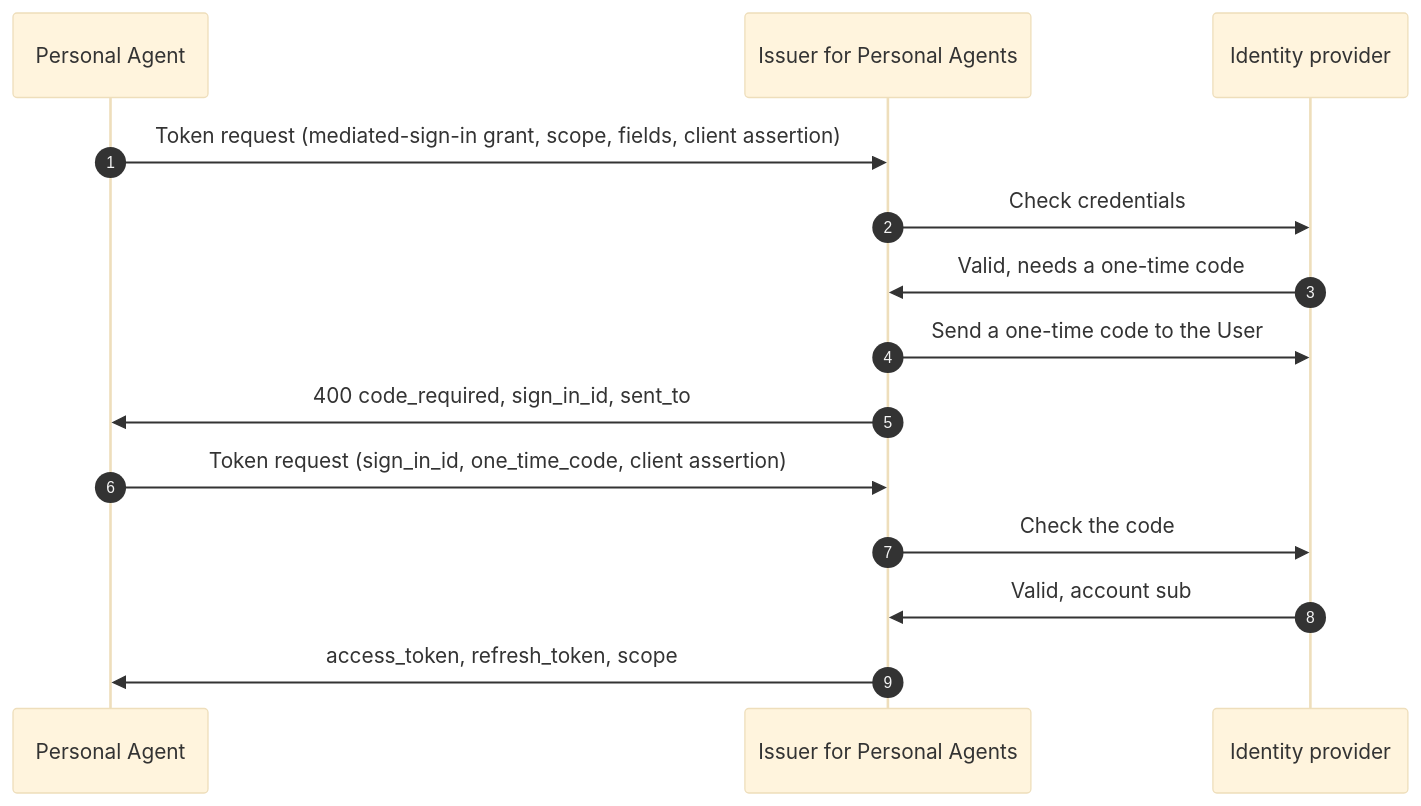
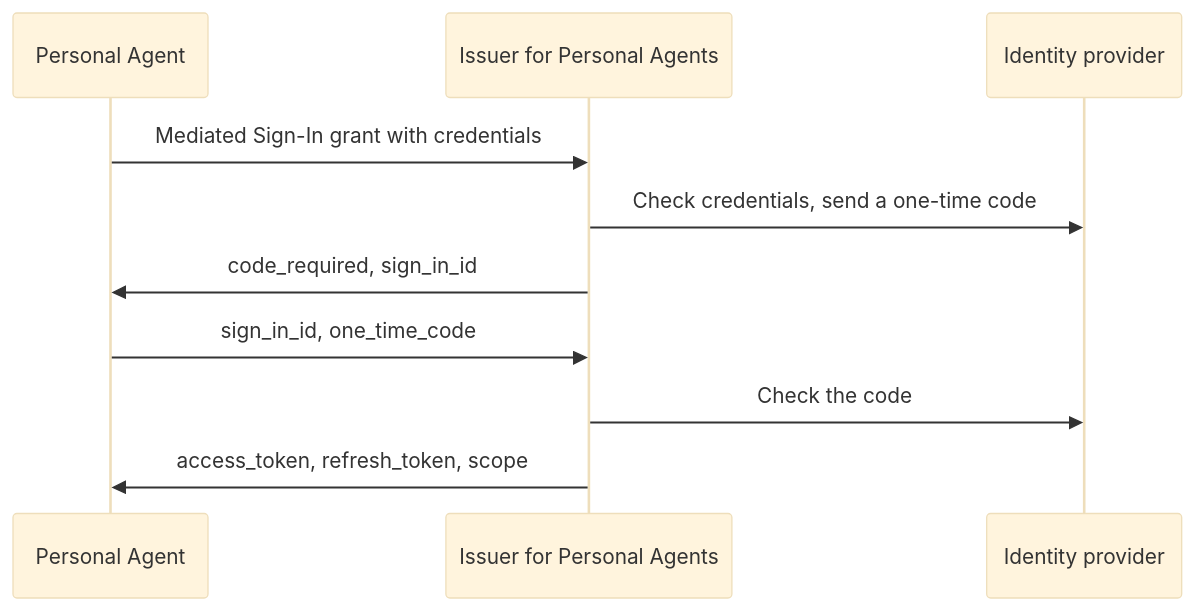
Before and after one commit to gaokevin1/personal-agent-protocol: the seventh of 8 diagrams in kit/company/patterns/identity-provider.md, drawn with Mermaid (base theme). The commit also changed other lines of this file and 1 other file, not shown here.

````diff
--- a/kit/company/patterns/identity-provider.md
+++ b/kit/company/patterns/identity-provider.md
@@ -259,16 +168,12 @@
 ```mermaid
 sequenceDiagram
-  autonumber
   participant PA as Personal Agent
   participant AS as Issuer for Personal Agents
   participant IdP as Identity provider
-  PA->>AS: Token request (mediated-sign-in grant, scope, fields, client assertion)
-  AS->>IdP: Check credentials
-  IdP->>AS: Valid, needs a one-time code
-  AS->>IdP: Send a one-time code to the User
-  AS->>PA: 400 code_required, sign_in_id, sent_to
-  PA->>AS: Token request (sign_in_id, one_time_code, client assertion)
+  PA->>AS: Mediated Sign-In grant with credentials
+  AS->>IdP: Check credentials, send a one-time code
+  AS->>PA: code_required, sign_in_id
+  PA->>AS: sign_in_id, one_time_code
   AS->>IdP: Check the code
-  IdP->>AS: Valid, account sub
   AS->>PA: access_token, refresh_token, scope
 ```
````
